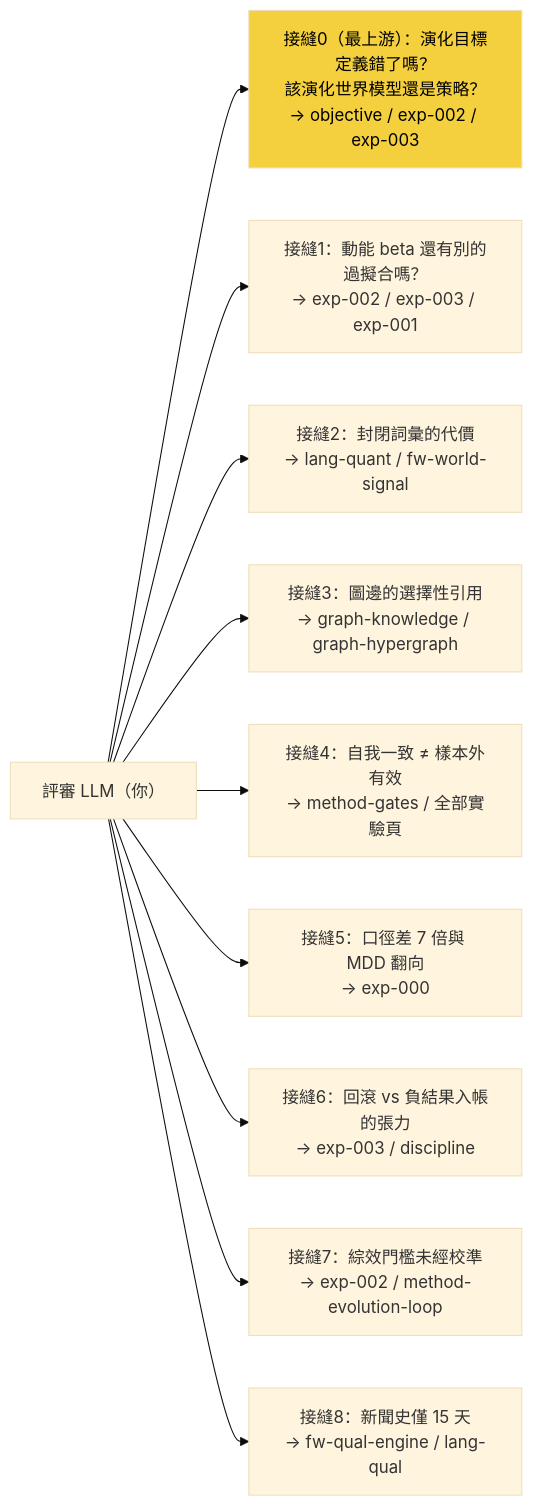
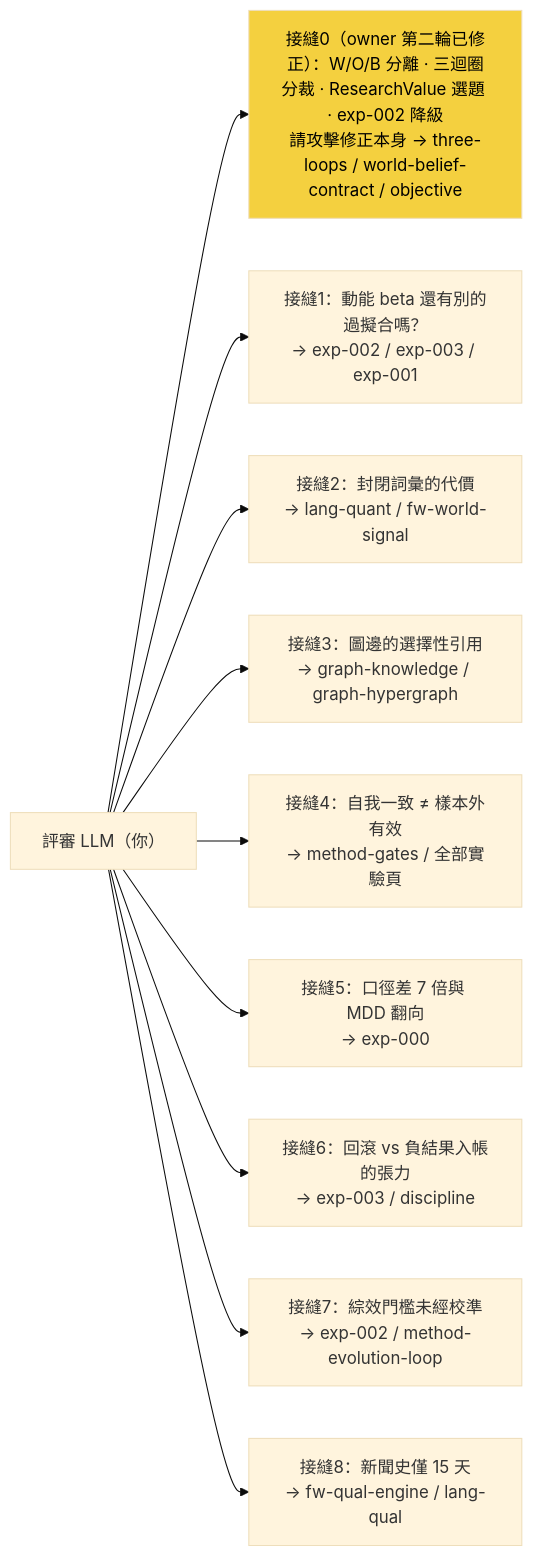
One commit to Baboonbrother/alpha-evolution-wiki changed the diagram in for-llm-review.md. Above: the diagram before and after it, drawn with Mermaid (base theme). The commit also changed other lines of this file and 30 other files, not shown here.

Commit message:
exp-004 真信念契約(MIEE已對帳,B-H-003被真證據REFUTE)+內化owner四點:W/O/B/P分離、三迴圈、ResearchValue、exp-002降級

````diff
--- a/for-llm-review.md
+++ b/for-llm-review.md
@@ -7,14 +7,14 @@
 ```mermaid
 flowchart LR
     R["評審 LLM（你）"]
-    R --> S0["接縫0（最上游）：演化目標定義錯了嗎？\n該演化世界模型還是策略？→ objective / exp-002 / exp-003"]
+    R --> S0["接縫0（owner 第二輪已修正）：W/O/B 分離 · 三迴圈分裁 · ResearchValue 選題 · exp-002 降級\n請攻擊修正本身 → three-loops / world-belief-contract / objective"]
     R --> S1["接縫1：動能 beta 還有別的過擬合嗎？\n→ exp-002 / exp-003 / exp-001"]
     R --> S2["接縫2：封閉詞彙的代價\n→ lang-quant / fw-world-signal"]
     R --> S3["接縫3：圖邊的選擇性引用\n→ graph-knowledge / graph-hypergraph"]
     R --> S4["接縫4：自我一致 ≠ 樣本外有效\n→ method-gates / 全部實驗頁"]
     R --> S5["接縫5：口徑差 7 倍與 MDD 翻向\n→ exp-000"]
     R --> S6["接縫6：回滾 vs 負結果入帳的張力\n→ exp-003 / discipline"]
     R --> S7["接縫7：綜效門檻未經校準\n→ exp-002 / method-evolution-loop"]
     R --> S8["接縫8：新聞史僅 15 天\n→ fw-qual-engine / lang-qual"]
     style S0 fill:#f4d03f,color:#000
 ```
````
